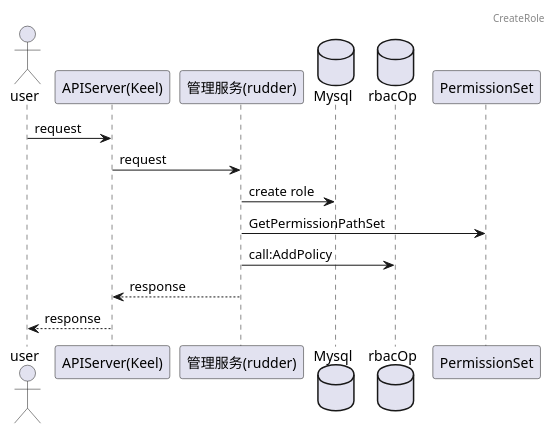
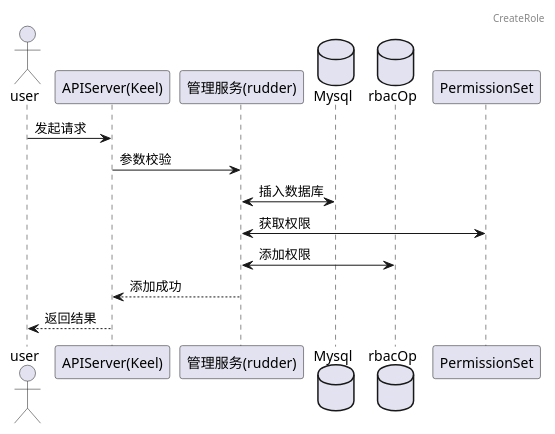
One commit to tkeel-io/docs changed the first of 10 diagrams in docs/api/appendix/plantuml/user-manager-tenant.md. Above: the diagram before and after it, drawn with PlantUML. The commit also changed other lines of this file and 2 other files, not shown here.

````diff
--- a/docs/api/appendix/plantuml/user-manager-tenant.md
+++ b/docs/api/appendix/plantuml/user-manager-tenant.md
@@ -6,20 +6,20 @@
 ```plantuml
-
+@startuml
 header CreateRole
-
 actor user
 participant "APIServer(Keel)"  as keel
 participant "管理服务(rudder)" as TenantService
 database Mysql
 database rbacOp
 participant PermissionSet
+user->keel:发起请求
+keel->TenantService:参数校验
+TenantService<->Mysql:插入数据库
+TenantService<->PermissionSet:获取权限
+TenantService<->rbacOp:添加权限
+TenantService-->keel:添加成功
+keel-->user:返回结果
+@enduml
 
-user->keel:request
-keel->TenantService:request
-TenantService->Mysql:create role
-TenantService->PermissionSet:GetPermissionPathSet
-TenantService->rbacOp:call:AddPolicy
-TenantService-->keel:response
-keel-->user:response
 
 ```
````
